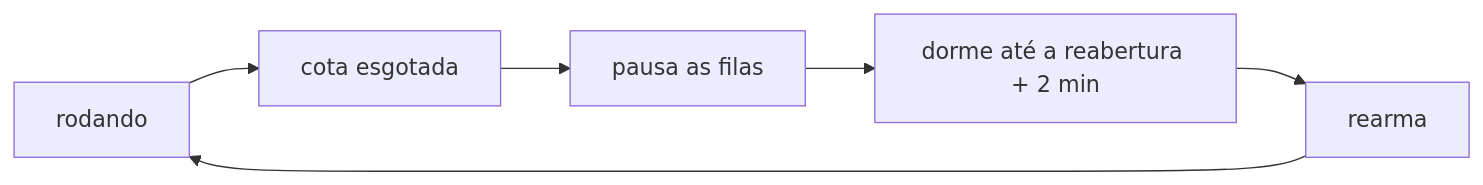
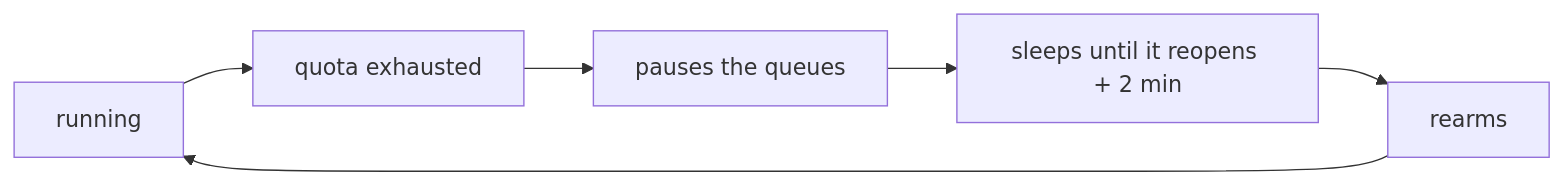
The diagram in docs/tasks/en/E5-parallelism-and-fault-tolerance/FAB-504-recognise-the-provider-usage-limit-and-resume.md (enzoconsulo/factory-tcc), drawn with Mermaid before and after one commit. The commit also changed 52 other files, not shown here.

````diff
--- a/docs/tasks/en/E5-parallelism-and-fault-tolerance/FAB-504-recognise-the-provider-usage-limit-and-resume.md
+++ b/docs/tasks/en/E5-parallelism-and-fault-tolerance/FAB-504-recognise-the-provider-usage-limit-and-resume.md
@@ -11,8 +11,8 @@
 ```mermaid
 flowchart LR
-  N["rodando"] --> H["cota esgotada"]
-  H --> P["pausa as filas"]
-  P --> T["dorme até a reabertura + 2 min"]
-  T --> R["rearma"]
+  N["running"] --> H["quota exhausted"]
+  H --> P["pauses the queues"]
+  P --> T["sleeps until it reopens + 2 min"]
+  T --> R["rearms"]
   R --> N
 ```
````
